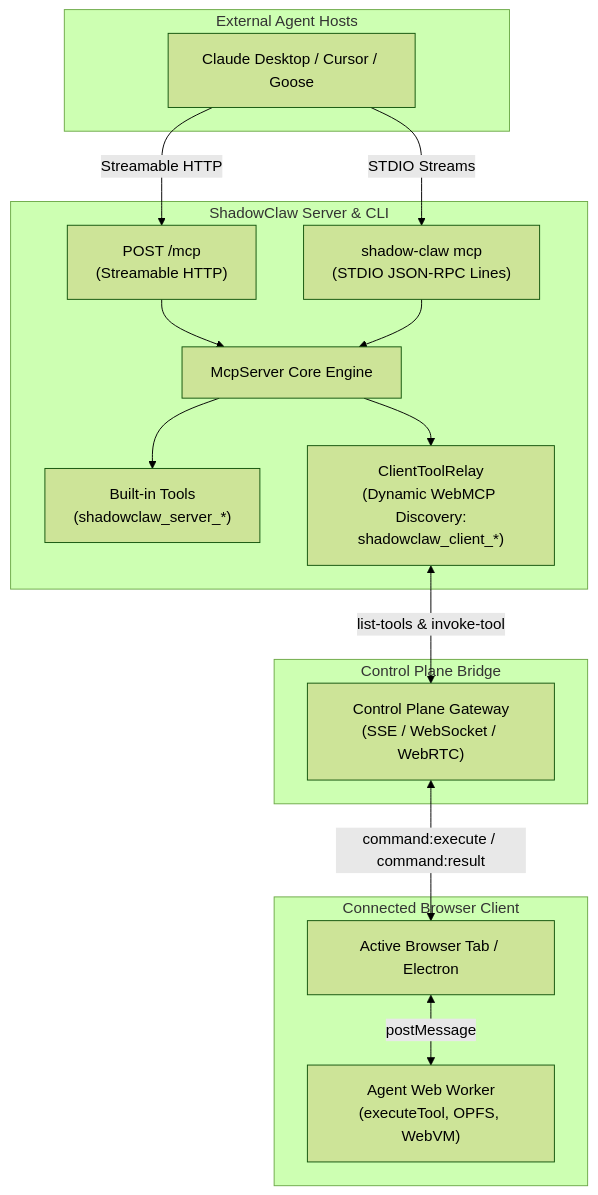
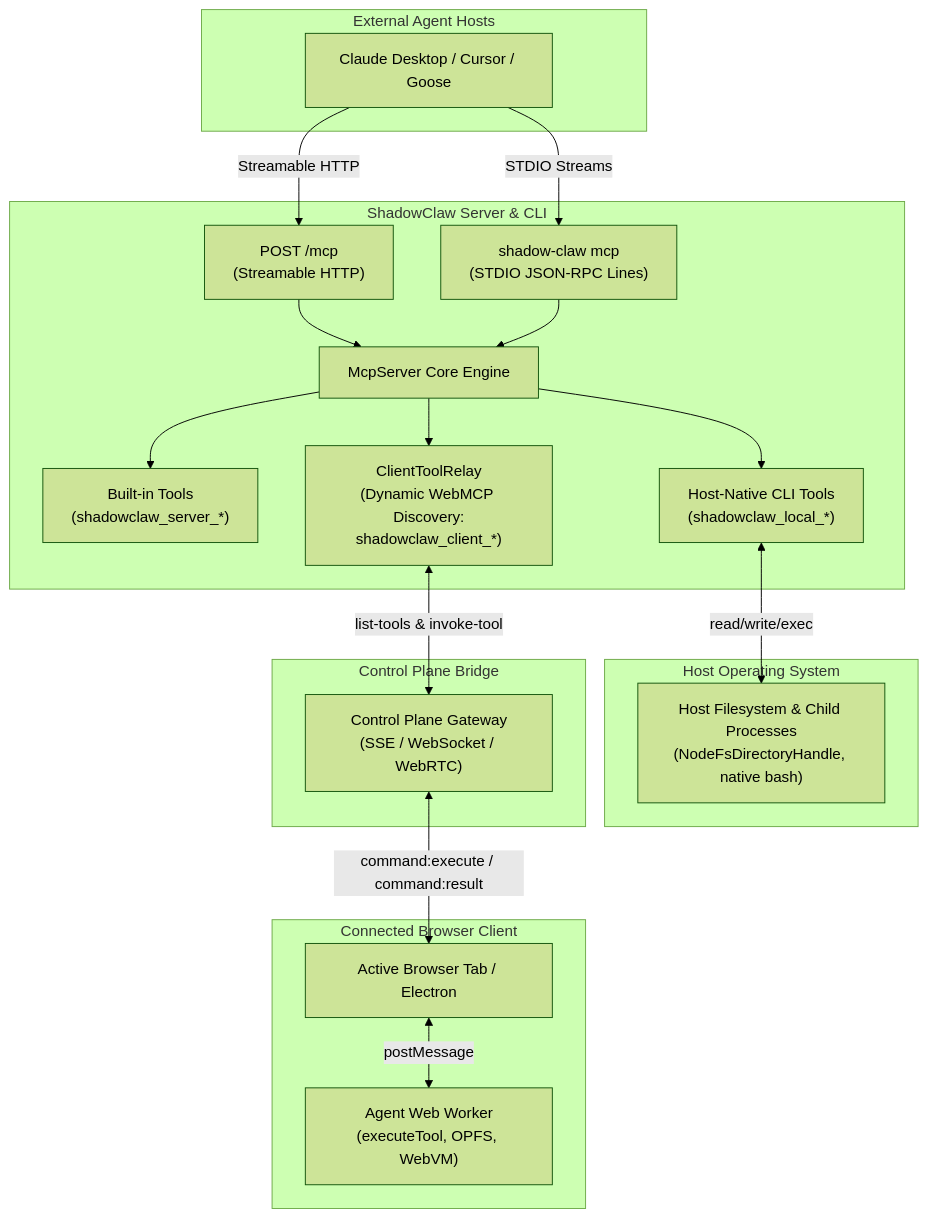
Before and after one commit to xt-ml/shadow-claw: the diagram in docs/subsystems/mcp-server.md, drawn with Mermaid (forest theme). The commit also changed other lines of this file and 29 other files, not shown here.

First line of the commit message:
Expose host CLI tools and isolate workspaces in MCP mode

````diff
--- a/docs/subsystems/mcp-server.md
+++ b/docs/subsystems/mcp-server.md
@@ -21,33 +22,40 @@
 ```mermaid
 graph TB
     subgraph External ["External Agent Hosts"]
         CLAUDE["Claude Desktop / Cursor / Goose"]
     end
 
     subgraph ShadowClawServer ["ShadowClaw Server & CLI"]
         HTTP_ENDPOINT["POST /mcp<br>(Streamable HTTP)"]
         STDIO_ENDPOINT["shadow-claw mcp<br>(STDIO JSON-RPC Lines)"]
         ENGINE["McpServer Core Engine<br>"]
         BUILTIN["Built-in Tools<br>(shadowclaw_server_*)"]
+        LOCAL["Host-Native CLI Tools<br>(shadowclaw_local_*)"]
         RELAY["ClientToolRelay<br>(Dynamic WebMCP Discovery:<br>shadowclaw_client_*)"]
+    end
+
+    subgraph HostSystem ["Host Operating System"]
+        HOST_FS["Host Filesystem & Child Processes<br>(NodeFsDirectoryHandle, native bash)"]
     end
 
     subgraph ControlPlane ["Control Plane Bridge"]
         CP_GW["Control Plane Gateway<br>(SSE / WebSocket / WebRTC)"]
     end
 
     subgraph Browser ["Connected Browser Client"]
         TAB["Active Browser Tab / Electron"]
         WORKER["Agent Web Worker<br>(executeTool, OPFS, WebVM)"]
     end
 
     CLAUDE -->|Streamable HTTP| HTTP_ENDPOINT
     CLAUDE -->|STDIO Streams| STDIO_ENDPOINT
     HTTP_ENDPOINT --> ENGINE
     STDIO_ENDPOINT --> ENGINE
     ENGINE --> BUILTIN
+    ENGINE --> LOCAL
     ENGINE --> RELAY
+    LOCAL <-->|read/write/exec| HOST_FS
     RELAY <-->|list-tools & invoke-tool| CP_GW
     CP_GW <-->|command:execute / command:result| TAB
     TAB <-->|postMessage| WORKER
 ```
````
